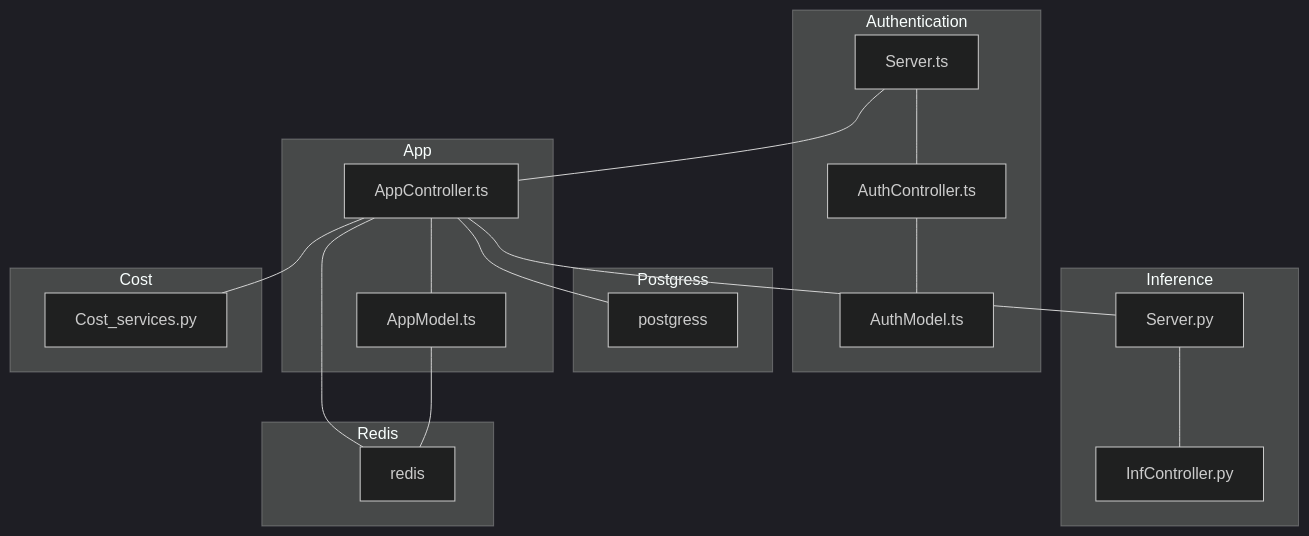
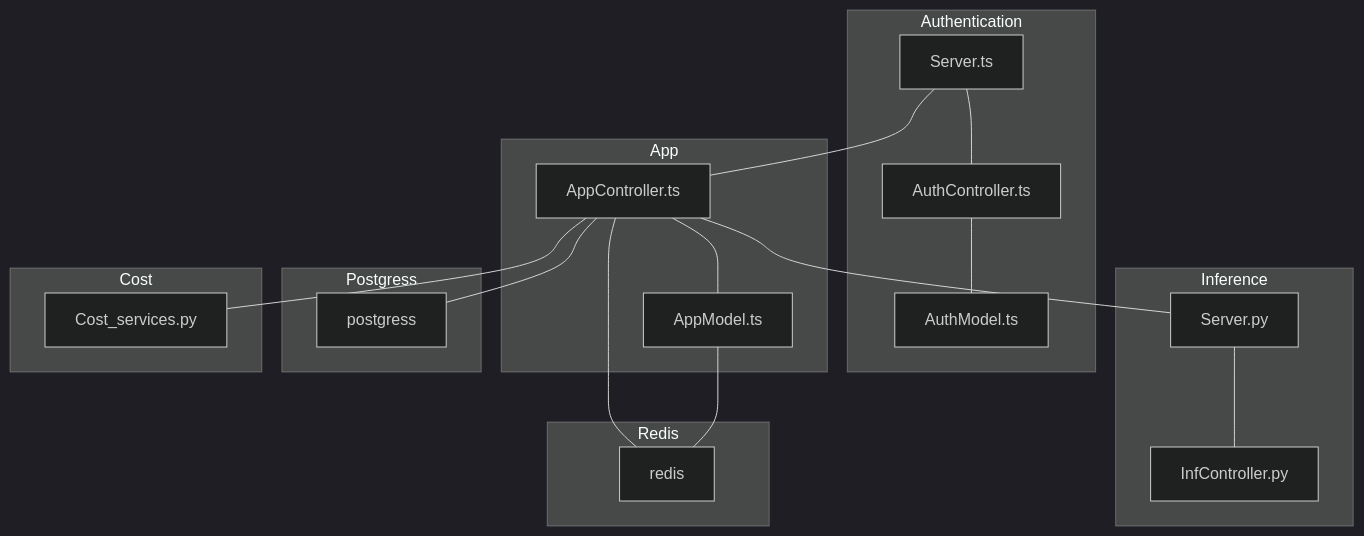
The second of 16 diagrams in README.md (AgneseBruglia/PA2024), drawn with Mermaid (dark theme) before and after one commit. The commit also changed other lines of this file, not shown here.

````diff
--- a/README.md
+++ b/README.md
@@ -54,41 +54,41 @@
 ```mermaid
 graph TD;
 
     subgraph Redis
     redis
     end
 
     subgraph Authentication
     Server.ts --- AuthController.ts
     AuthController.ts 
     AuthModel.ts 
     AuthController.ts --- AuthModel.ts
     end
 
     subgraph Inference
     Server.py --- InfController.py
     InfController.py
     end
 
-    subgraph Postgress
-    postgress
-    end
-
     subgraph App
     Server.ts --- AppController.ts 
     AppController.ts 
     AppModel.ts 
     AppController.ts --- AppModel.ts
+    end
+
+    subgraph Postgress
+    postgress
     end
 
     subgraph Cost
     Cost_services.py
     end
 
     AppModel.ts --- redis
     AppController.ts --- postgress
     AppController.ts --- Server.py
     AppController.ts --- redis
     AppController.ts --- Cost_services.py
 
 ```
````
